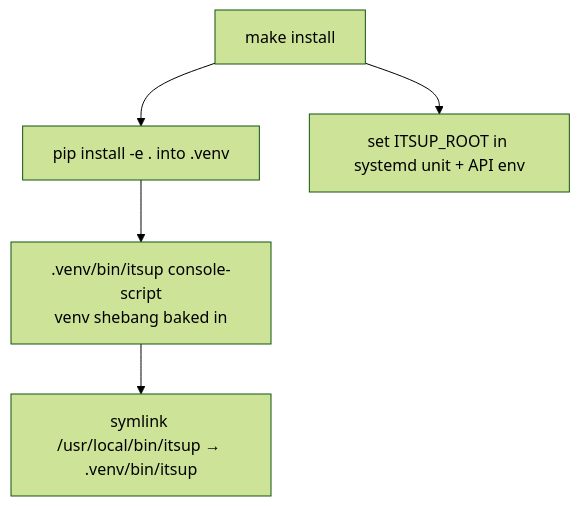
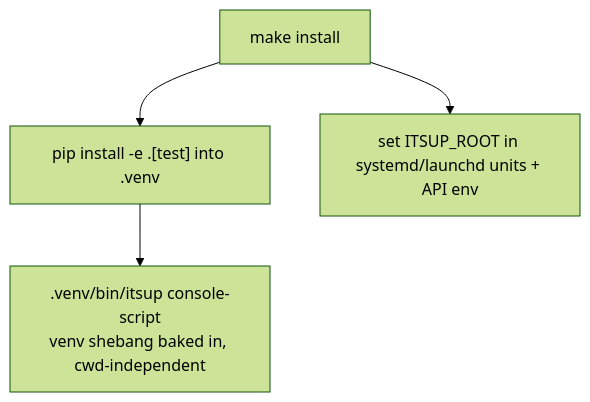
The diagram in docs/project/design/itsup-cli.md (Morriz/itsUP), drawn with Mermaid (forest theme) before and after one commit. The commit also changed other lines of this file and 196 other files, not shown here.

````diff
--- a/docs/project/design/itsup-cli.md
+++ b/docs/project/design/itsup-cli.md
@@ -71,7 +76,6 @@
 ```mermaid
 flowchart TD
-    A[make install] --> B[pip install -e . into .venv]
-    B --> C[.venv/bin/itsup console-script<br/>venv shebang baked in]
-    C --> D[symlink /usr/local/bin/itsup → .venv/bin/itsup]
-    A --> E[set ITSUP_ROOT in systemd unit + API env]
+    A[make install] --> B["pip install -e .[test] into .venv"]
+    B --> C[.venv/bin/itsup console-script<br/>venv shebang baked in, cwd-independent]
+    A --> E[set ITSUP_ROOT in systemd/launchd units + API env]
 ```
````
